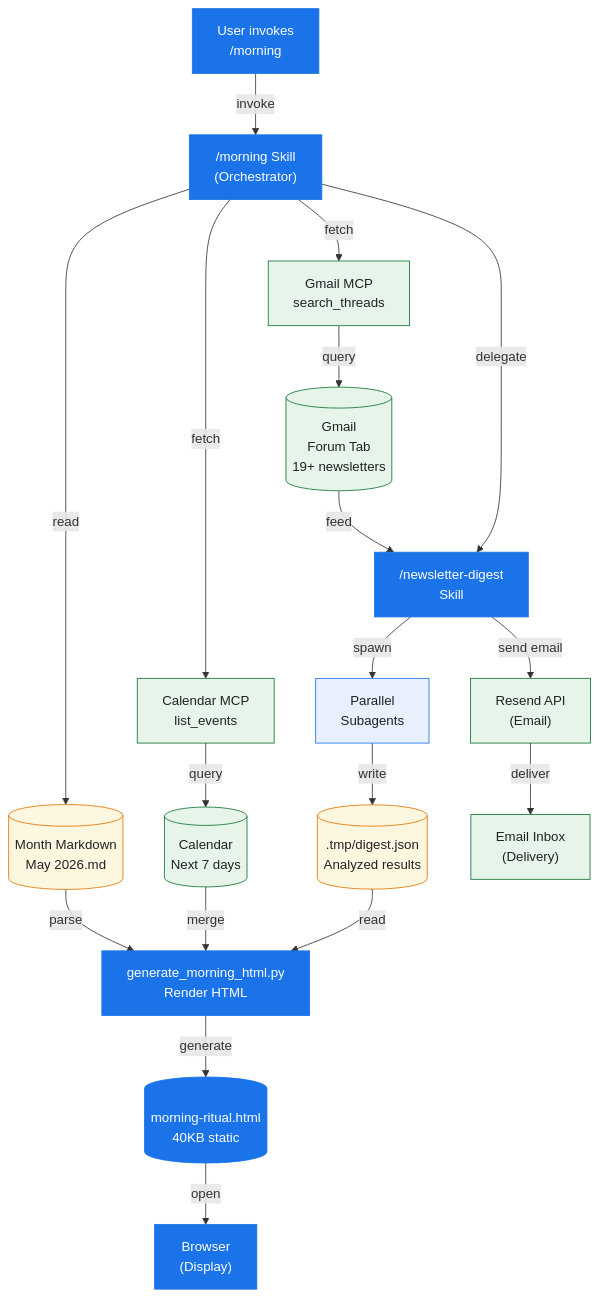
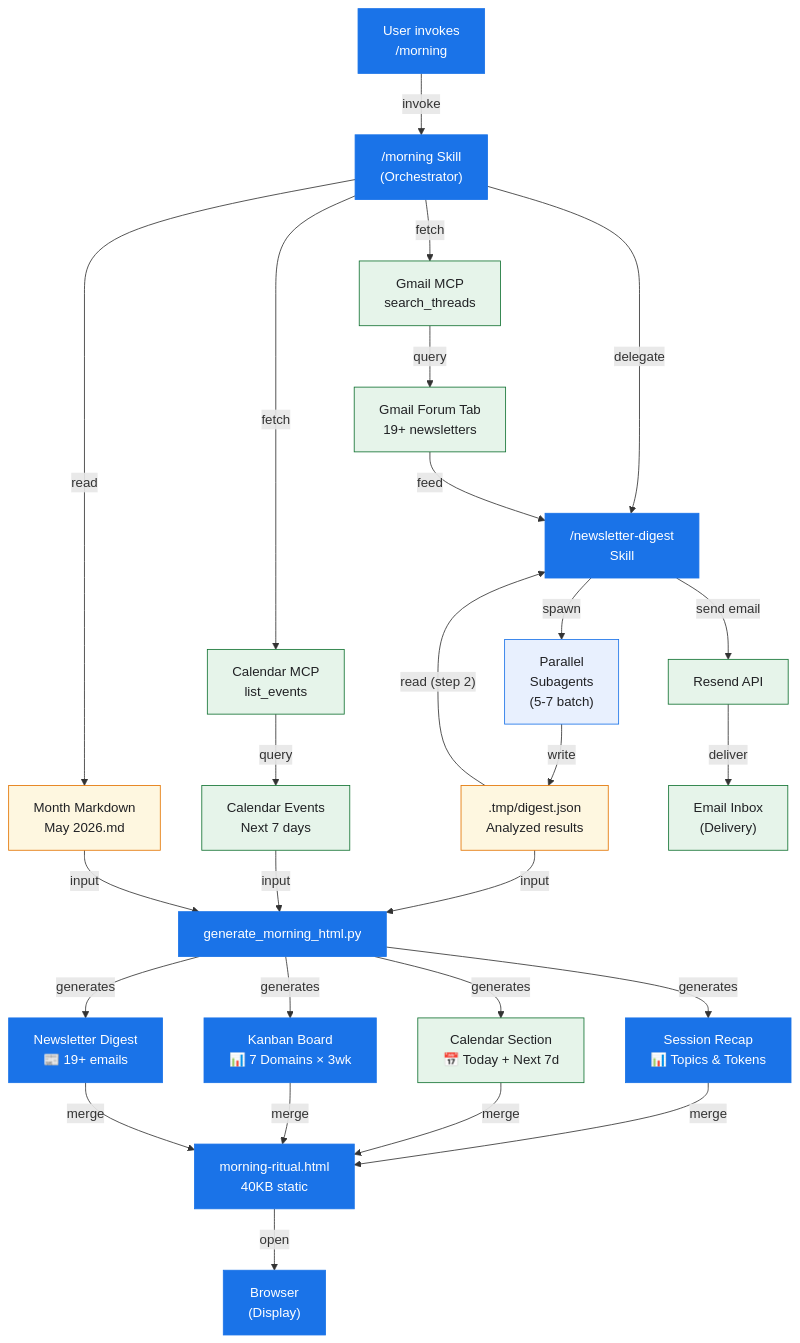
The diagram in README.md (xj-2045/morning-ritual), drawn with Mermaid before and after one commit. The commit also changed other lines of this file and 2 other files, not shown here.

First line of the commit message:
refactor: replace ASCII diagram with improved Mermaid flowchart

````diff
--- a/README.md
+++ b/README.md
@@ -54,55 +52,71 @@
 ```mermaid
 flowchart TB
     user["User invokes<br/>/morning"]
-    skill["/morning Skill<br/>(Orchestrator)"]
+    morning_skill["/morning Skill<br/>(Orchestrator)"]
     gmail_mcp["Gmail MCP<br/>search_threads"]
     calendar_mcp["Calendar MCP<br/>list_events"]
-    newsletters[("Gmail<br/>Forum Tab<br/>19+ newsletters")]
-    events[("Calendar<br/>Next 7 days")]
-    markdown[("Month Markdown<br/>May 2026.md")]
+    newsletters["Gmail Forum Tab<br/>19+ newsletters"]
+    events["Calendar Events<br/>Next 7 days"]
+    markdown["Month Markdown<br/>May 2026.md"]
     digest_skill["/newsletter-digest<br/>Skill"]
-    subagents["Parallel<br/>Subagents"]
-    temp_storage[(".tmp/digest.json<br/>Analyzed results")]
-    python["generate_morning_html.py<br/>Render HTML"]
-    html[("morning-ritual.html<br/>40KB static")]
+    subagents["Parallel<br/>Subagents<br/>(5-7 batch)"]
+    digest_json[".tmp/digest.json<br/>Analyzed results"]
+    python["generate_morning_html.py"]
+    session_recap["Session Recap<br/>📊 Topics & Tokens"]
+    calendar_section["Calendar Section<br/>📅 Today + Next 7d"]
+    kanban_section["Kanban Board<br/>📊 7 Domains × 3wk"]
+    digest_section["Newsletter Digest<br/>📰 19+ emails"]
+    html["morning-ritual.html<br/>40KB static"]
     browser["Browser<br/>(Display)"]
-    resend["Resend API<br/>(Email)"]
+    resend["Resend API"]
     inbox["Email Inbox<br/>(Delivery)"]
-    user -->|"invoke"| skill
-    skill -->|"fetch"| gmail_mcp
-    skill -->|"fetch"| calendar_mcp
-    skill -->|"read"| markdown
+    user -->|"invoke"| morning_skill
+    morning_skill -->|"fetch"| gmail_mcp
+    morning_skill -->|"fetch"| calendar_mcp
+    morning_skill -->|"read"| markdown
     gmail_mcp -->|"query"| newsletters
     calendar_mcp -->|"query"| events
-    skill -->|"delegate"| digest_skill
+    morning_skill -->|"delegate"| digest_skill
     newsletters -->|"feed"| digest_skill
     digest_skill -->|"spawn"| subagents
-    subagents -->|"write"| temp_storage
-    temp_storage -->|"read"| python
-    events -->|"merge"| python
-    markdown -->|"parse"| python
-    python -->|"generate"| html
-    html -->|"open"| browser
+    subagents -->|"write"| digest_json
+    digest_json -->|"read (step 2)"| digest_skill
     digest_skill -->|"send email"| resend
     resend -->|"deliver"| inbox
+    digest_json -->|"input"| python
+    events -->|"input"| python
+    markdown -->|"input"| python
+    python -->|"generates"| session_recap
+    python -->|"generates"| calendar_section
+    python -->|"generates"| kanban_section
+    python -->|"generates"| digest_section
+    session_recap -->|"merge"| html
+    calendar_section -->|"merge"| html
+    kanban_section -->|"merge"| html
+    digest_section -->|"merge"| html
+    html -->|"open"| browser
 
     classDef parent fill:#1a73e8,stroke:#1a73e8,color:#fff
     classDef subagent fill:#e8f0fe,stroke:#1a73e8,color:#202124
     classDef storage fill:#fef7e0,stroke:#e37400,color:#202124
     classDef external fill:#e6f4ea,stroke:#137333,color:#202124
     class user parent
-    class skill parent
+    class morning_skill parent
     class gmail_mcp external
     class calendar_mcp external
     class newsletters external
     class events external
     class markdown storage
     class digest_skill parent
     class subagents subagent
-    class temp_storage storage
+    class digest_json storage
     class python parent
+    class session_recap parent
+    class calendar_section external
+    class kanban_section parent
+    class digest_section parent
     class html parent
     class browser parent
     class resend external
     class inbox external
 ```
````
